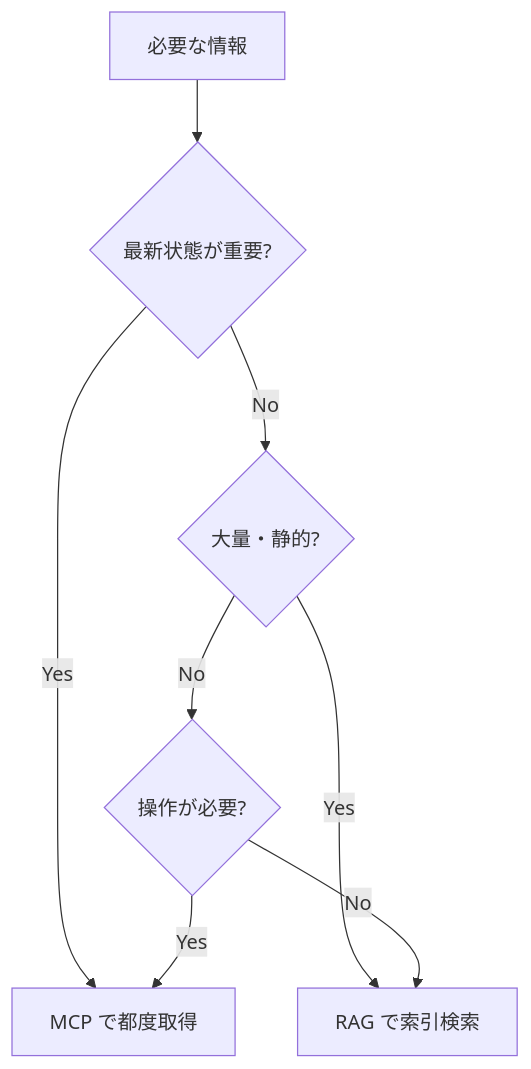
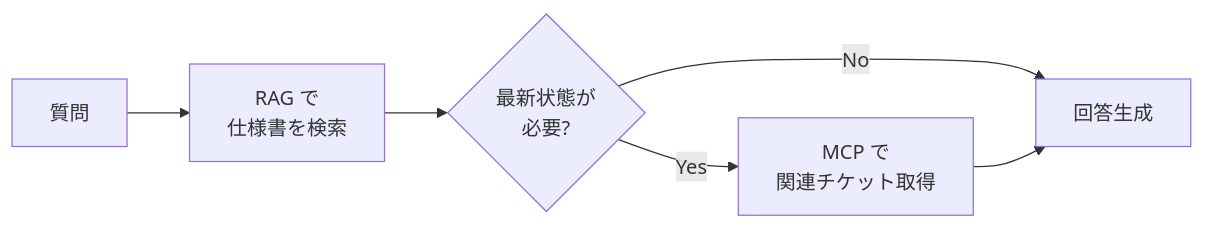
Before and after one commit to mike-sugimoto/ai-tech-notes: the diagram in src/content/docs/mcp/rag-vs-mcp.md, drawn with Mermaid. The commit also changed other lines of this file and 5 other files, not shown here.

````diff
--- a/src/content/docs/mcp/rag-vs-mcp.md
+++ b/src/content/docs/mcp/rag-vs-mcp.md
@@ -12,10 +45,8 @@
 ```mermaid
-flowchart TD
-    START[必要な情報] --> Q1{最新状態が重要?}
-    Q1 -->|Yes| MCP[MCP で都度取得]
-    Q1 -->|No| Q2{大量・静的?}
-    Q2 -->|Yes| RAG[RAG で索引検索]
-    Q2 -->|No| Q3{操作が必要?}
-    Q3 -->|Yes| MCP
-    Q3 -->|No| RAG
+flowchart LR
+    Q[質問] --> R[RAG で<br/>仕様書を検索]
+    R --> CHK{最新状態が<br/>必要?}
+    CHK -->|Yes| M[MCP で<br/>関連チケット取得]
+    CHK -->|No| G[回答生成]
+    M --> G
 ```
````
